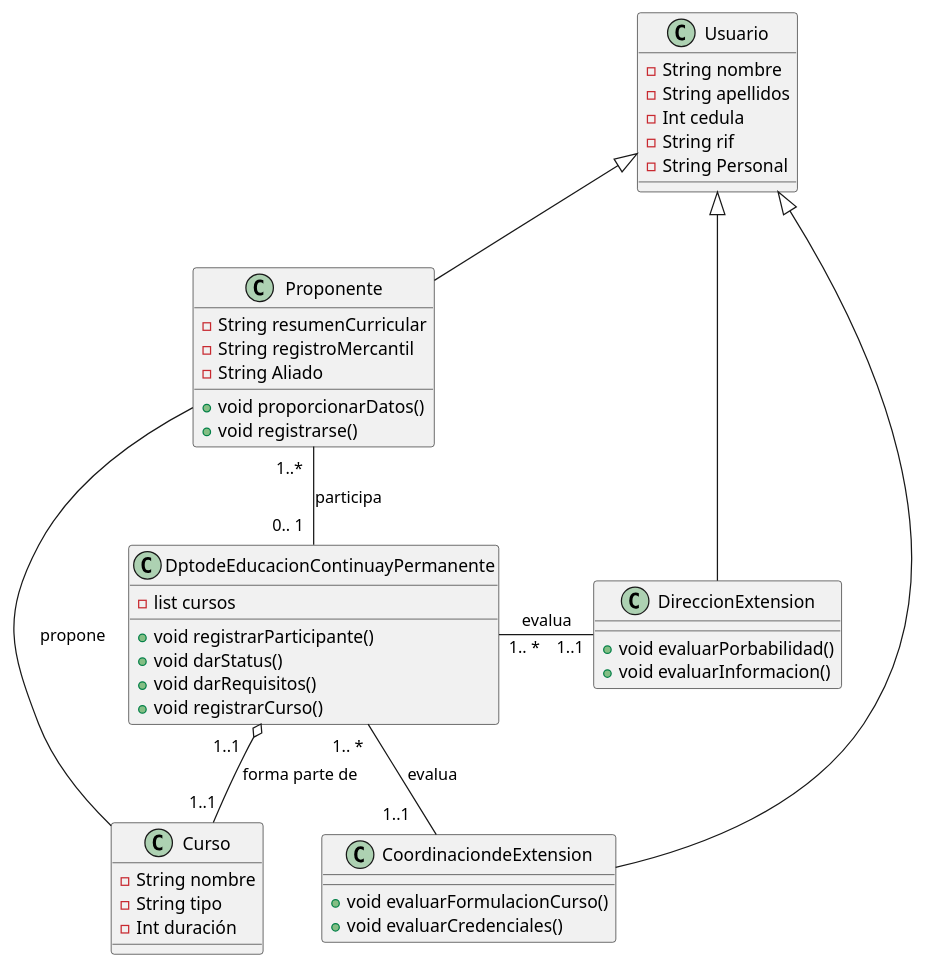
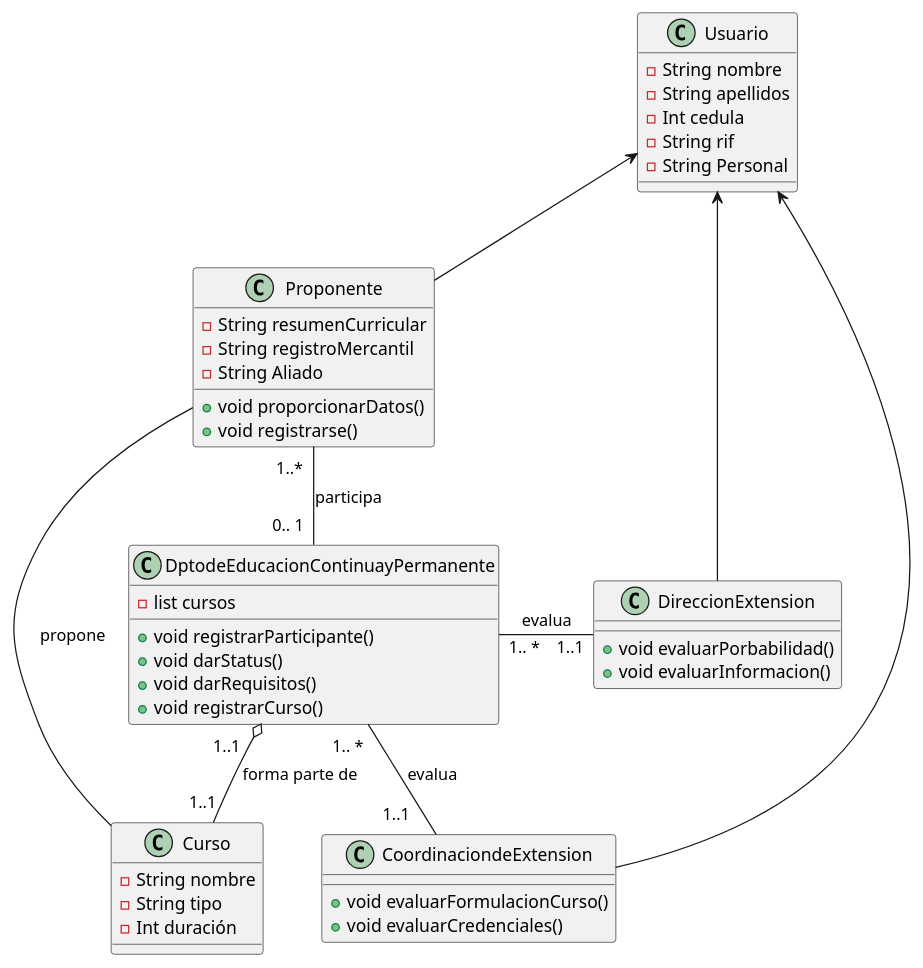
Before and after one commit to dalekprime/Ingenieria_de_Software_Equipo8: the diagram in docs/scenariosView/DiagramadeClasesreto7.plantuml, drawn with PlantUML. The commit also changed 3 other files, not shown here.

Commit message:
Diagrama de Clases y Readme

```diff
--- a/docs/scenariosView/DiagramadeClasesreto7.plantuml
+++ b/docs/scenariosView/DiagramadeClasesreto7.plantuml
@@ -1,50 +1,50 @@
 @startuml
 Class Usuario {
 - String nombre
 - String apellidos
 - Int cedula
 - String rif
 - String Personal
 }
 
 Class Proponente {
 - String resumenCurricular
 - String registroMercantil
 - String Aliado
 + void proporcionarDatos()
 + void registrarse()
 }
 
 Class Curso{
 - String nombre
 - String tipo
 - Int duración
 }
 
 Class DptodeEducacionContinuayPermanente {
 - list cursos
 + void registrarParticipante()
 + void darStatus()
 + void darRequisitos()
 + void registrarCurso()
 }
 
 Class DireccionExtension {
 + void evaluarPorbabilidad()
 + void evaluarInformacion()
 }
 
 Class CoordinaciondeExtension {
 + void evaluarFormulacionCurso()
 + void evaluarCredenciales()
 }
 
-Usuario <|-- Proponente
-Usuario <|-- DireccionExtension
-Usuario <|-- CoordinaciondeExtension
+Usuario <-- Proponente
+Usuario <-- DireccionExtension
+Usuario <-- CoordinaciondeExtension
 Proponente -- Curso : propone
 DptodeEducacionContinuayPermanente "   1..1   "  o--  "1..1"  Curso : forma parte de 
 Proponente "  1..*  " -- "  0.. 1  " DptodeEducacionContinuayPermanente : participa
 DptodeEducacionContinuayPermanente "1.. *"  -  "1..1" DireccionExtension : evalua
 DptodeEducacionContinuayPermanente "  1.. *  "  --  "    1..1    " CoordinaciondeExtension : evalua
 @enduml
```
